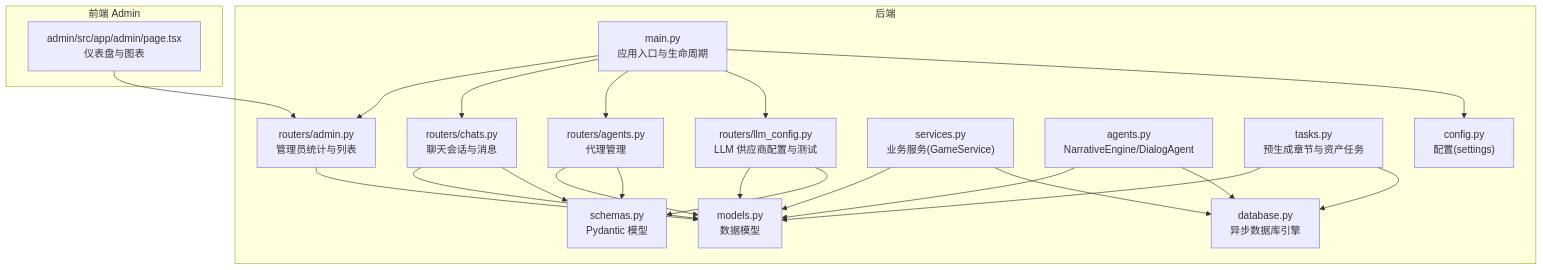
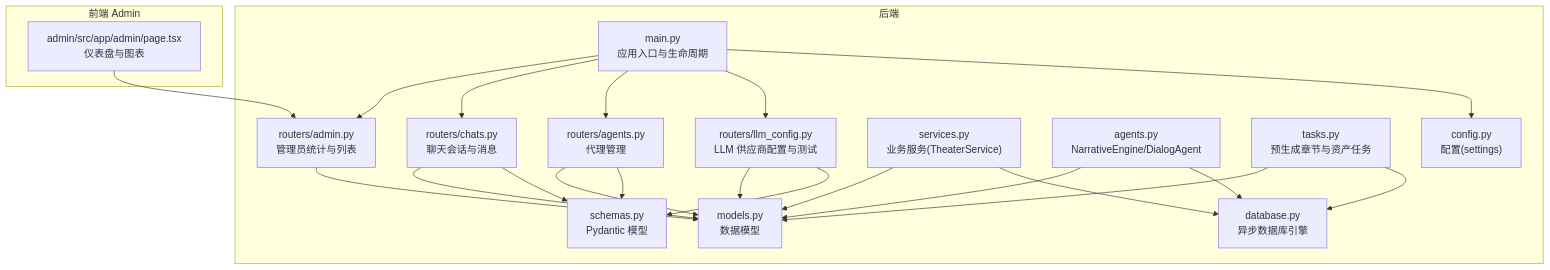
The first of 6 diagrams in .qoder/repowiki/zh/content/后台管理系统/数据统计分析.md (KunLabAI/KunFlix), drawn with Mermaid before and after one commit. The commit also changed other lines of this file and 112 other files, not shown here.

````diff
--- a/.qoder/repowiki/zh/content/后台管理系统/数据统计分析.md
+++ b/.qoder/repowiki/zh/content/后台管理系统/数据统计分析.md
@@ -46,39 +46,39 @@
 ```mermaid
 graph TB
 subgraph "后端"
 A["main.py<br/>应用入口与生命周期"]
 B["routers/admin.py<br/>管理员统计与列表"]
 C["routers/chats.py<br/>聊天会话与消息"]
 D["routers/agents.py<br/>代理管理"]
 E["routers/llm_config.py<br/>LLM 供应商配置与测试"]
-F["services.py<br/>业务服务(GameService)"]
+F["services.py<br/>业务服务(TheaterService)"]
 G["agents.py<br/>NarrativeEngine/DialogAgent"]
 H["tasks.py<br/>预生成章节与资产任务"]
 I["models.py<br/>数据模型"]
 J["schemas.py<br/>Pydantic 模型"]
 K["database.py<br/>异步数据库引擎"]
 L["config.py<br/>配置(settings)"]
 end
 subgraph "前端 Admin"
 M["admin/src/app/admin/page.tsx<br/>仪表盘与图表"]
 end
 A --> B
 A --> C
 A --> D
 A --> E
 F --> I
 G --> I
 H --> I
 B --> I
 C --> I
 D --> I
 E --> I
 F --> K
 G --> K
 H --> K
 C --> J
 D --> J
 E --> J
 A --> L
 M --> B
 ```
````
